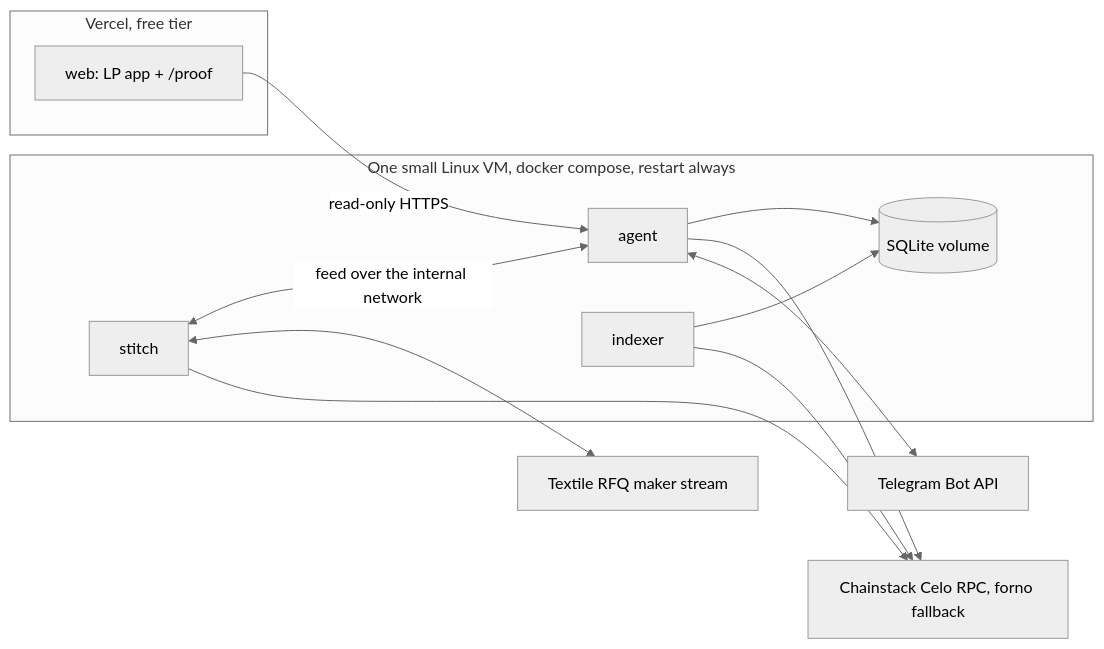
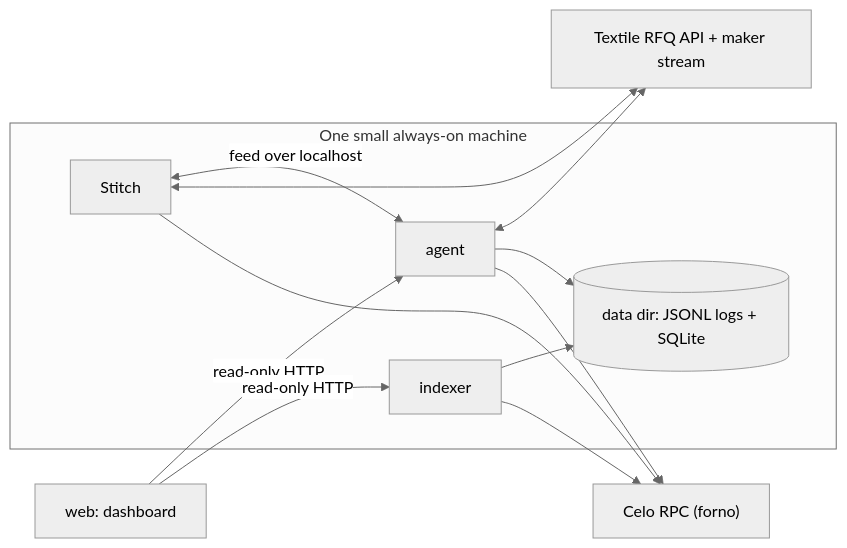
The third of 11 diagrams in docs/ARCHITECTURE.md (Kanasjnr/naira-desk), drawn with Mermaid (neutral theme) before and after one commit. The commit also changed other lines of this file and 1 other file, not shown here.

````diff
--- a/docs/ARCHITECTURE.md
+++ b/docs/ARCHITECTURE.md
@@ -150,24 +174,22 @@
 ```mermaid
 flowchart LR
-  subgraph VM["One small Linux VM, docker compose, restart always"]
-    STI["stitch"]
+  subgraph VM["One small always-on machine"]
+    STI["Stitch"]
     AGT["agent"]
     IDXR["indexer"]
-    DB[("SQLite volume")]
+    DB[("data dir: JSONL logs + SQLite")]
   end
-  subgraph VERCEL["Vercel, free tier"]
-    WEB["web: LP app + /proof"]
-  end
-  RPC["Chainstack Celo RPC, forno fallback"]
-  TG["Telegram Bot API"]
-  TEX["Textile RFQ maker stream"]
-  STI <-->|feed over the internal network| AGT
+  WEB["web: dashboard"]
+  RPC["Celo RPC (forno)"]
+  TEX["Textile RFQ API + maker stream"]
+  STI <-->|feed over localhost| AGT
   STI <--> TEX
+  AGT <--> TEX
   AGT --> DB
   IDXR --> DB
   AGT --> RPC
   IDXR --> RPC
   STI --> RPC
-  WEB -->|read-only HTTPS| AGT
-  AGT <--> TG
+  WEB -->|read-only HTTP| AGT
+  WEB -->|read-only HTTP| IDXR
 ```
````
